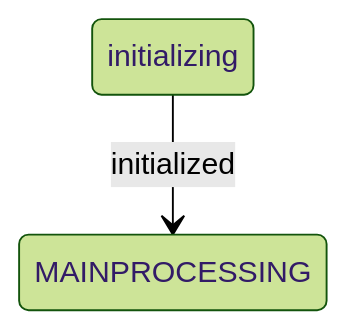
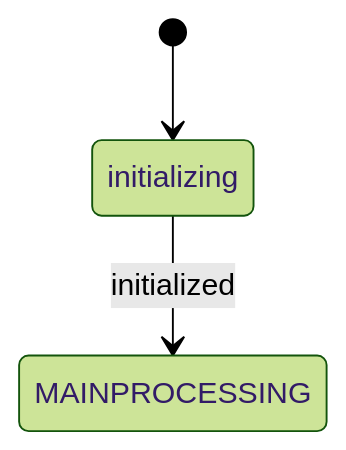
The diagram in docs/fsm-diagrams/task_worker/INITIALIZATION.mermaid (sheikkinen/statemachine-engine), drawn with Mermaid (forest theme) before and after one commit. The commit also changed 4 other files, not shown here.

First line of the commit message:
Fix: Add [*] start point to initial composite subdiagrams

```diff
--- a/docs/fsm-diagrams/task_worker/INITIALIZATION.mermaid
+++ b/docs/fsm-diagrams/task_worker/INITIALIZATION.mermaid
@@ -1,12 +1,13 @@
 stateDiagram-v2
     %% Detailed view of INITIALIZATION
 
+    [*] --> initializing
 
     %% Internal transitions
 
     %% External composites
     state MAINPROCESSING
     state COMPLETION
 
     %% Transitions to other composites
     initializing --> MAINPROCESSING : initialized
```
